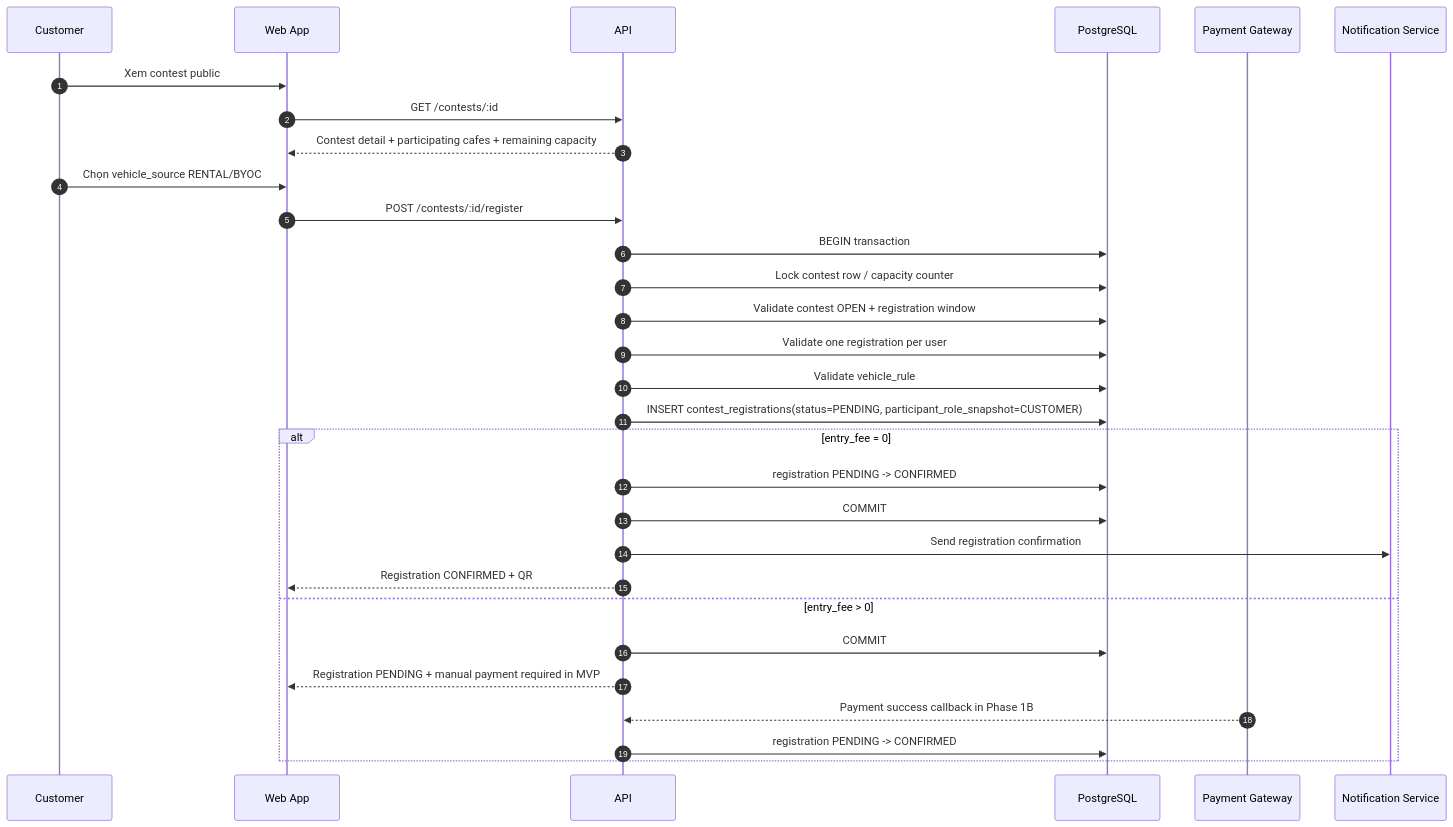
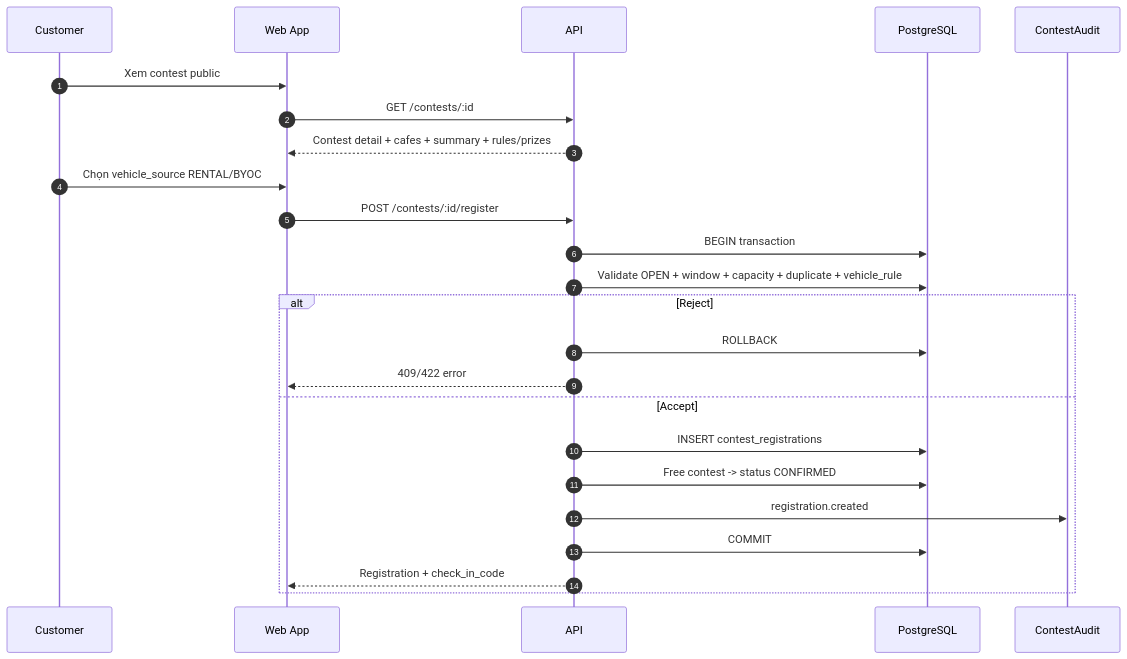
One commit to RCField-SEP490/rcfield-spec changed the third of 10 diagrams in docs/diagrams/sequence/sequence-flow-contest-lifecycle.md. Above: the diagram before and after it, drawn with Mermaid. The commit also changed other lines of this file and 8 other files, not shown here.

````diff
--- a/docs/diagrams/sequence/sequence-flow-contest-lifecycle.md
+++ b/docs/diagrams/sequence/sequence-flow-contest-lifecycle.md
@@ -99,33 +80,27 @@
 ```mermaid
 sequenceDiagram
     autonumber
     participant C as Customer
     participant W as Web App
     participant API as API
     participant DB as PostgreSQL
-    participant Pay as Payment Gateway
-    participant N as Notification Service
+    participant Audit as ContestAudit
 
     C->>W: Xem contest public
     W->>API: GET /contests/:id
-    API-->>W: Contest detail + participating cafes + remaining capacity
+    API-->>W: Contest detail + cafes + summary + rules/prizes
     C->>W: Chọn vehicle_source RENTAL/BYOC
     W->>API: POST /contests/:id/register
     API->>DB: BEGIN transaction
-    API->>DB: Lock contest row / capacity counter
-    API->>DB: Validate contest OPEN + registration window
-    API->>DB: Validate one registration per user
-    API->>DB: Validate vehicle_rule
-    API->>DB: INSERT contest_registrations(status=PENDING, participant_role_snapshot=CUSTOMER)
-    alt entry_fee = 0
-        API->>DB: registration PENDING -> CONFIRMED
+    API->>DB: Validate OPEN + window + capacity + duplicate + vehicle_rule
+    alt Reject
+        API->>DB: ROLLBACK
+        API-->>W: 409/422 error
+    else Accept
+        API->>DB: INSERT contest_registrations
+        API->>DB: Free contest -> status CONFIRMED
+        API->>Audit: registration.created
         API->>DB: COMMIT
-        API->>N: Send registration confirmation
-        API-->>W: Registration CONFIRMED + QR
-    else entry_fee > 0
-        API->>DB: COMMIT
-        API-->>W: Registration PENDING + manual payment required in MVP
-        Pay-->>API: Payment success callback in Phase 1B
-        API->>DB: registration PENDING -> CONFIRMED
+        API-->>W: Registration + check_in_code
     end
 ```
````
